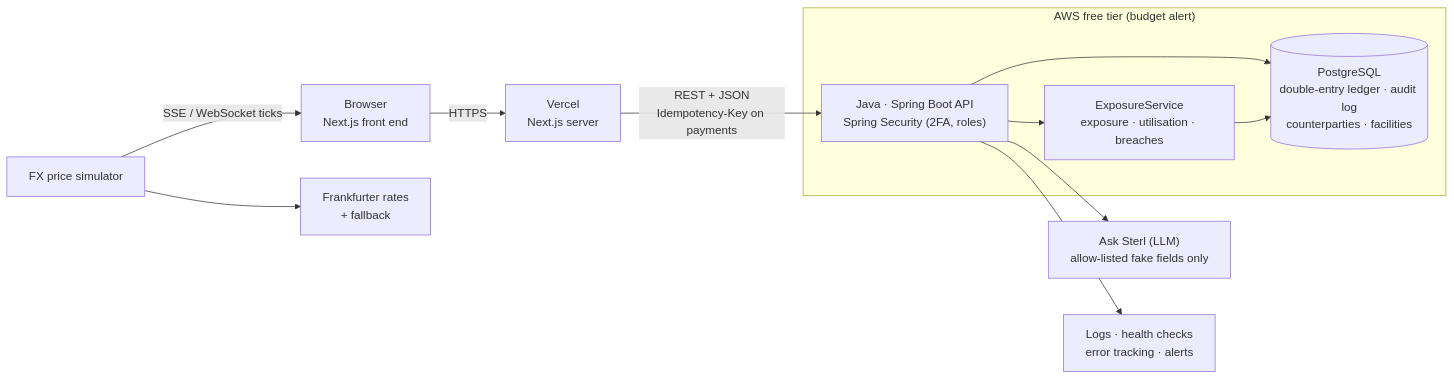
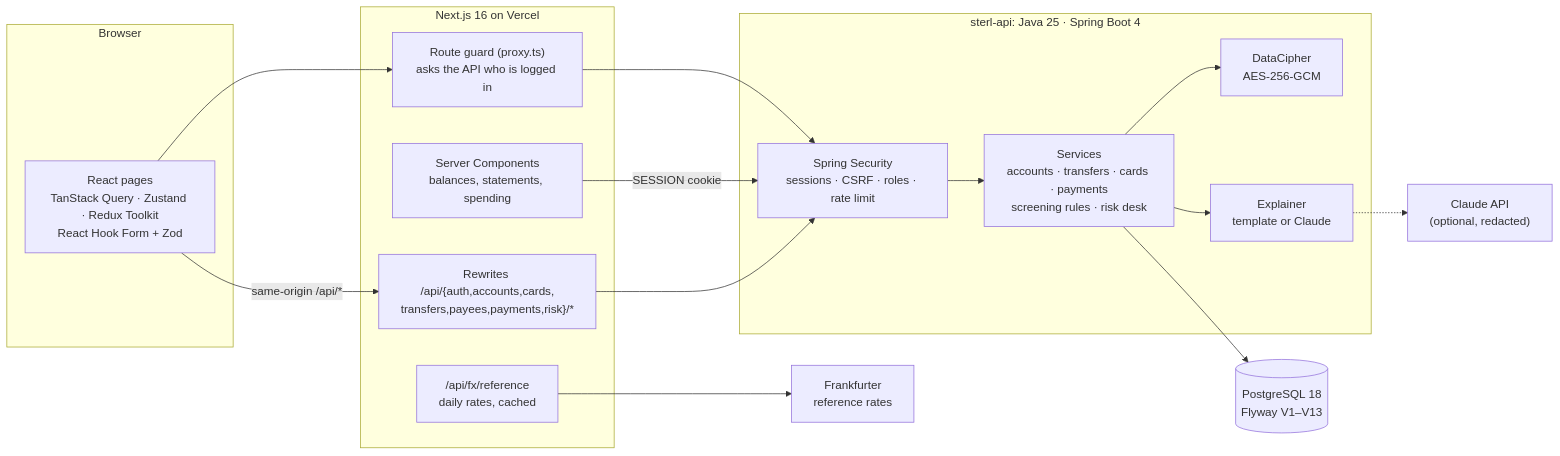
The first of 2 diagrams in docs/architecture.md (mehak-javed/Sterl-bank), drawn with Mermaid before and after one commit. The commit also changed other lines of this file and 11 other files, not shown here.

Commit message:
docs: launch README, architecture, ADR-003 to 006, shorter CLAUDE.md

````diff
--- a/docs/architecture.md
+++ b/docs/architecture.md
@@ -45,18 +8,36 @@
 ```mermaid
 flowchart LR
-  U["Browser<br/>Next.js front end"] -- HTTPS --> V["Vercel<br/>Next.js server"]
-  V -- "REST + JSON<br/>Idempotency-Key on payments" --> J["Java · Spring Boot API<br/>Spring Security (2FA, roles)"]
-  J --> P[("PostgreSQL<br/>double-entry ledger · audit log<br/>counterparties · facilities")]
-  J --> R["ExposureService<br/>exposure · utilisation · breaches"]
-  R --> P
-  SIM["FX price simulator"] -- "SSE / WebSocket ticks" --> U
-  SIM --> FR["Frankfurter rates<br/>+ fallback"]
-  J --> AI["Ask Sterl (LLM)<br/>allow-listed fake fields only"]
-  J --> OBS["Logs · health checks<br/>error tracking · alerts"]
+  subgraph Browser
+    UI["React pages<br/>TanStack Query · Zustand · Redux Toolkit<br/>React Hook Form + Zod"]
+  end
 
-  subgraph AWS["AWS free tier (budget alert)"]
-    J
-    P
-    R
+  subgraph Vercel["Next.js 16 on Vercel"]
+    Guard["Route guard (proxy.ts)<br/>asks the API who is logged in"]
+    RSC["Server Components<br/>balances, statements, spending"]
+    RW["Rewrites /api/{auth,accounts,cards,<br/>transfers,payees,payments,risk}/*"]
+    FX["/api/fx/reference<br/>daily rates, cached"]
   end
+
+  subgraph API["sterl-api: Java 25 · Spring Boot 4"]
+    Sec["Spring Security<br/>sessions · CSRF · roles · rate limit"]
+    Svc["Services<br/>accounts · transfers · cards · payments<br/>screening rules · risk desk"]
+    Cipher["DataCipher<br/>AES-256-GCM"]
+    Exp["Explainer<br/>template or Claude"]
+  end
+
+  DB[("PostgreSQL 18<br/>Flyway V1–V13")]
+  Frank["Frankfurter<br/>reference rates"]
+  Claude["Claude API<br/>(optional, redacted)"]
+
+  UI -->|same-origin /api/*| RW
+  UI --> Guard
+  Guard --> Sec
+  RSC -->|SESSION cookie| Sec
+  RW --> Sec
+  Sec --> Svc
+  Svc --> DB
+  Svc --> Cipher
+  Svc --> Exp
+  Exp -.-> Claude
+  FX --> Frank
 ```
````
